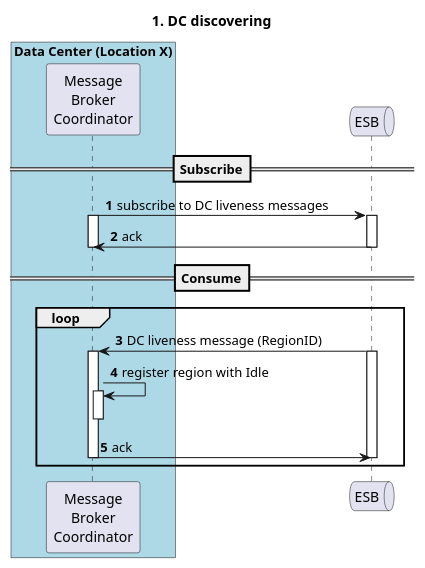
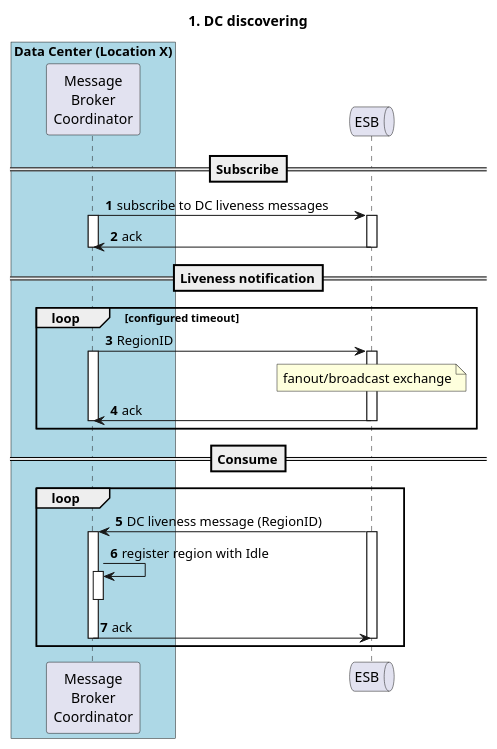
Before and after one commit to hkravtsov/hla: the diagram in resoures/uml/traffic/dc_discovering.puml, drawn with PlantUML. The commit also changed 1 other file, not shown here.

```diff
--- a/resoures/uml/traffic/dc_discovering.puml
+++ b/resoures/uml/traffic/dc_discovering.puml
@@ -1,27 +1,39 @@
 @startuml
 autonumber
 
 title "1. DC discovering"
 
 box "Data Center (Location X)" #LightBlue
 participant "Message\nBroker\nCoordinator" as mbc
 end box
 
 queue ESB as esb
 
 ==Subscribe==
 
 mbc -> esb++: subscribe to DC liveness messages
 activate mbc
 esb -> mbc--: ack
 deactivate mbc
 
+==Liveness notification==
+loop configured timeout
+mbc -> esb++: RegionID
+note over esb
+fanout/broadcast exchange
+end note
+activate mbc
+esb -> mbc--: ack
+deactivate mbc
+end
+
+
 ==Consume==
 loop
 esb -> mbc++: DC liveness message (RegionID)
 activate esb
 mbc -> mbc++--: register region with Idle
 mbc -> esb--: ack
 deactivate esb
 end
 @enduml
```
